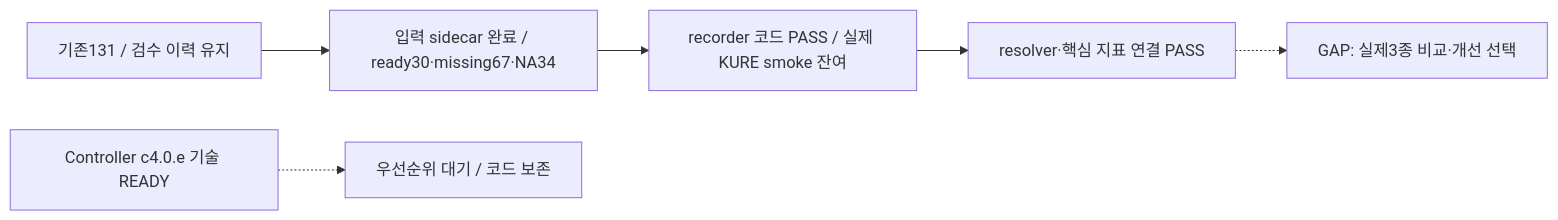
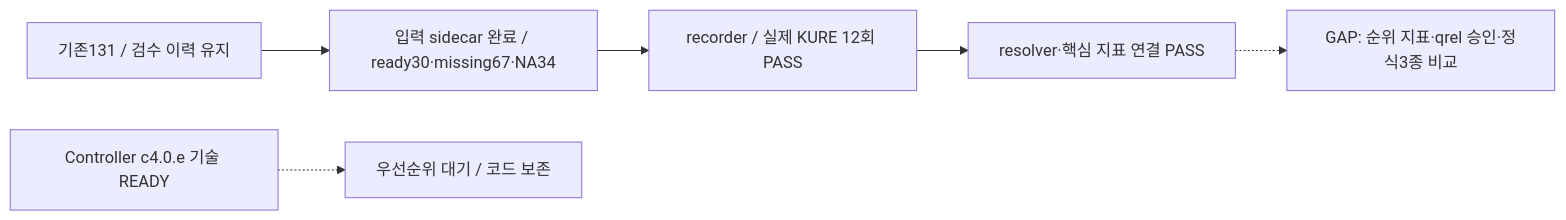
One commit to KongSeok/sprint-public-procurement-rag-assistant changed the second of 2 diagrams in fivecircles/work/2026-09-05-search-first-relay.md. Above: the diagram before and after it, drawn with Mermaid. The commit also changed other lines of this file and 12 other files, not shown here.

````diff
--- a/fivecircles/work/2026-09-05-search-first-relay.md
+++ b/fivecircles/work/2026-09-05-search-first-relay.md
@@ -74,8 +74,8 @@
 ```mermaid
 flowchart LR
   A["기존131 / 검수 이력 유지"] --> B["입력 sidecar 완료 / ready30·missing67·NA34"]
-  B --> C["recorder 코드 PASS / 실제 KURE smoke 잔여"]
+  B --> C["recorder / 실제 KURE 12회 PASS"]
   C --> D["resolver·핵심 지표 연결 PASS"]
-  D -.-> E["GAP: 실제3종 비교·개선 선택"]
+  D -.-> E["GAP: 순위 지표·qrel 승인·정식3종 비교"]
   F["Controller c4.0.e 기술 READY"] -.-> G["우선순위 대기 / 코드 보존"]
 ```
````
